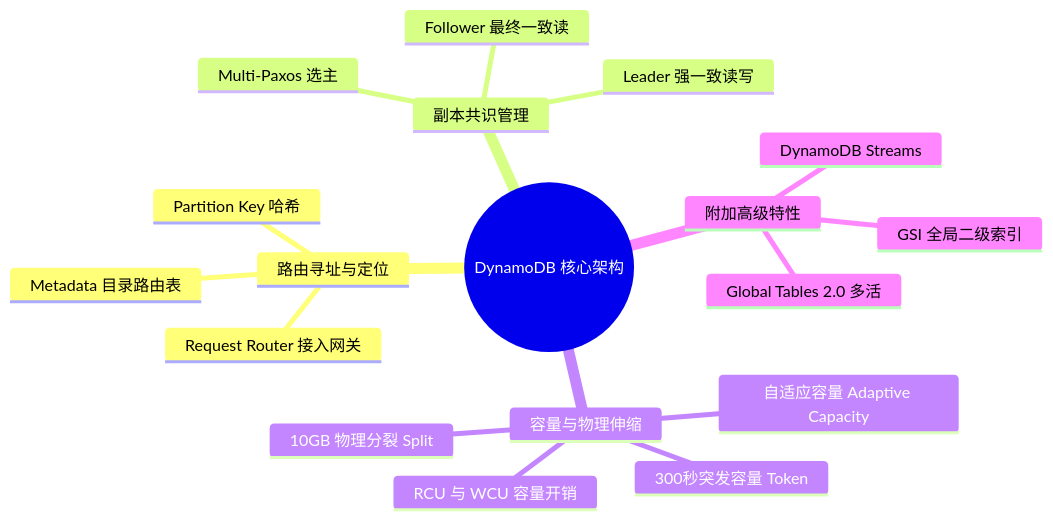
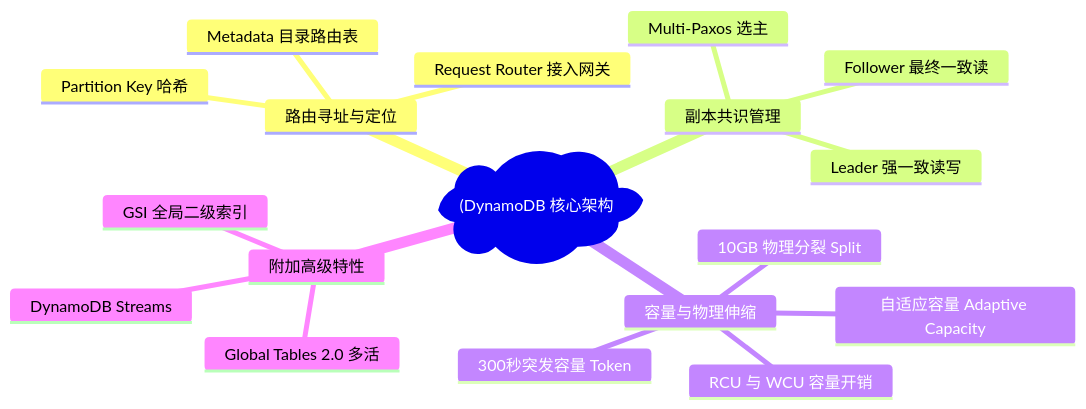
One commit to koosai/AI-Architect-Learning changed the first of 8 diagrams in docs/atlas/dynamodb.mdx. Above: the diagram before and after it, drawn with Mermaid. The commit also changed other lines of this file and 187 other files, not shown here.

Commit message:
fix(mermaid): fix all unquoted parens and edge label syntax errors across all docs

````diff
--- a/docs/atlas/dynamodb.mdx
+++ b/docs/atlas/dynamodb.mdx
@@ -80,21 +80,21 @@
 ```mermaid
 mindmap
-  root((DynamoDB 核心架构))
+  root("(DynamoDB 核心架构"))
     路由寻址与定位
       Partition Key 哈希
       Metadata 目录路由表
       Request Router 接入网关
     副本共识管理
       Multi-Paxos 选主
       Leader 强一致读写
       Follower 最终一致读
     容量与物理伸缩
       RCU 与 WCU 容量开销
       10GB 物理分裂 Split
       自适应容量 Adaptive Capacity
       300秒突发容量 Token
     附加高级特性
       DynamoDB Streams
       Global Tables 2.0 多活
       GSI 全局二级索引
 ```
````
